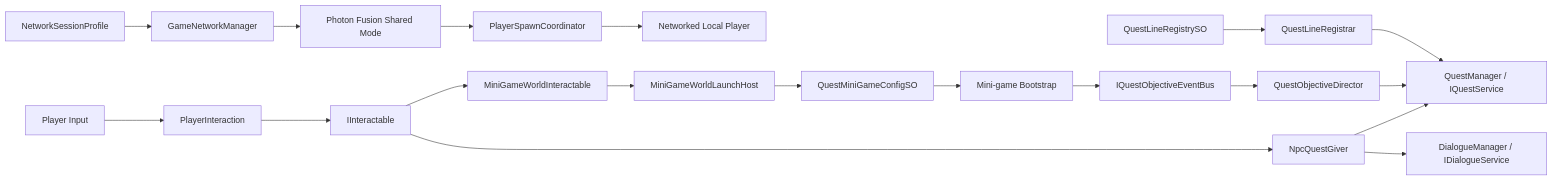
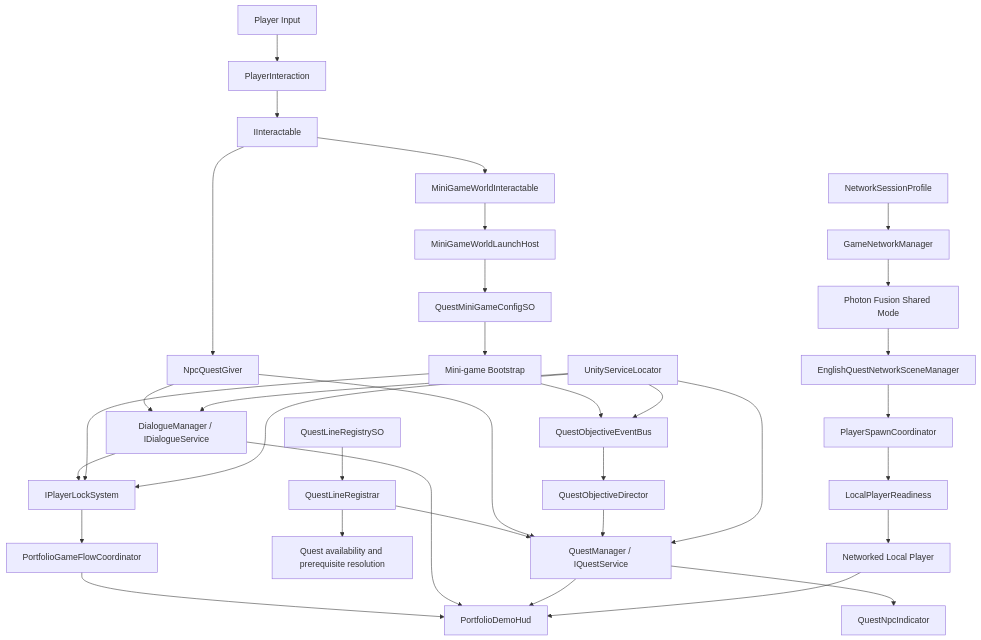
The diagram in English Quest online/Assets/_PortfolioSlice/Docs/Architecture.md (kirillmakarov-dev/English-Quest-Online), drawn with Mermaid before and after one commit. The commit also changed other lines of this file and 1 other file, not shown here.

Commit message:
Refine portfolio README voice and expand architecture docs

````diff
--- a/English Quest online/Assets/_PortfolioSlice/Docs/Architecture.md
+++ b/English Quest online/Assets/_PortfolioSlice/Docs/Architecture.md
@@ -61,25 +61,42 @@
 ```mermaid
-flowchart LR
+flowchart TD
+    Registry["QuestLineRegistrySO"] --> Registrar["QuestLineRegistrar"]
+    Registrar --> Quests["QuestManager / IQuestService"]
+    Registrar --> Availability["Quest availability and prerequisite resolution"]
+
     Input["Player Input"] --> Interaction["PlayerInteraction"]
     Interaction --> Interactable["IInteractable"]
     Interactable --> NPC["NpcQuestGiver"]
     Interactable --> Station["MiniGameWorldInteractable"]
 
     NPC --> Dialogue["DialogueManager / IDialogueService"]
-    NPC --> Quests["QuestManager / IQuestService"]
-
-    Registry["QuestLineRegistrySO"] --> Registrar["QuestLineRegistrar"]
-    Registrar --> Quests
+    NPC --> Quests
+    Quests --> Indicator["QuestNpcIndicator"]
 
     Station --> LaunchHost["MiniGameWorldLaunchHost"]
     LaunchHost --> Config["QuestMiniGameConfigSO"]
     Config --> Bootstrap["Mini-game Bootstrap"]
-    Bootstrap --> ObjectiveBus["IQuestObjectiveEventBus"]
+    Bootstrap --> ObjectiveBus["QuestObjectiveEventBus"]
     ObjectiveBus --> Director["QuestObjectiveDirector"]
     Director --> Quests
 
+    Dialogue --> Lock["IPlayerLockSystem"]
+    Bootstrap --> Lock
+    Lock --> Flow["PortfolioGameFlowCoordinator"]
+    Flow --> HUD["PortfolioDemoHud"]
+    Dialogue --> HUD
+    Quests --> HUD
+
+    Locator["UnityServiceLocator"] --> Dialogue
+    Locator --> Quests
+    Locator --> Lock
+    Locator --> ObjectiveBus
+
     Profile["NetworkSessionProfile"] --> Network["GameNetworkManager"]
     Network --> Fusion["Photon Fusion Shared Mode"]
-    Fusion --> Spawn["PlayerSpawnCoordinator"]
-    Spawn --> Player["Networked Local Player"]
+    Fusion --> SceneManager["EnglishQuestNetworkSceneManager"]
+    SceneManager --> Spawn["PlayerSpawnCoordinator"]
+    Spawn --> Ready["LocalPlayerReadiness"]
+    Ready --> Player["Networked Local Player"]
+    Player --> HUD
 ```
````
